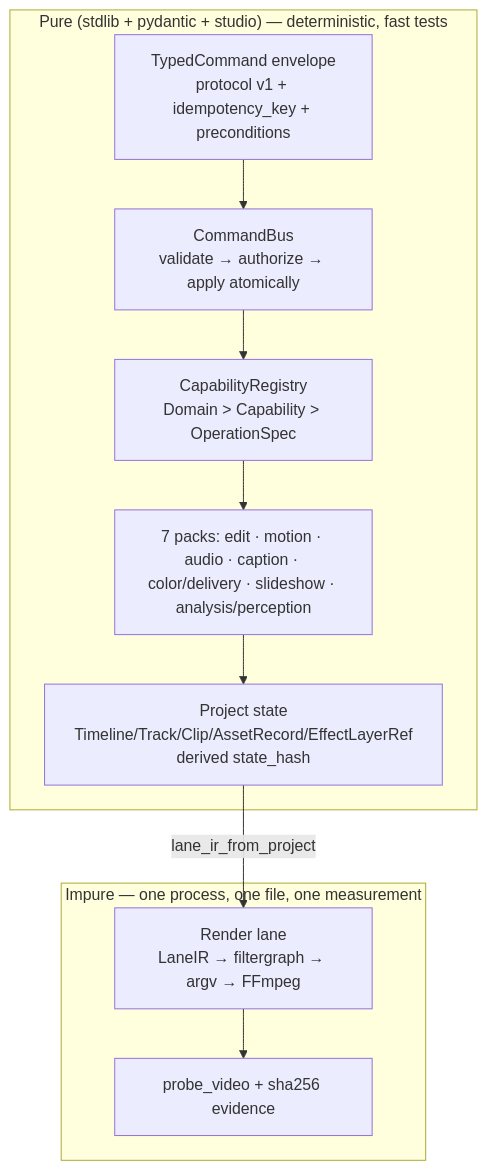
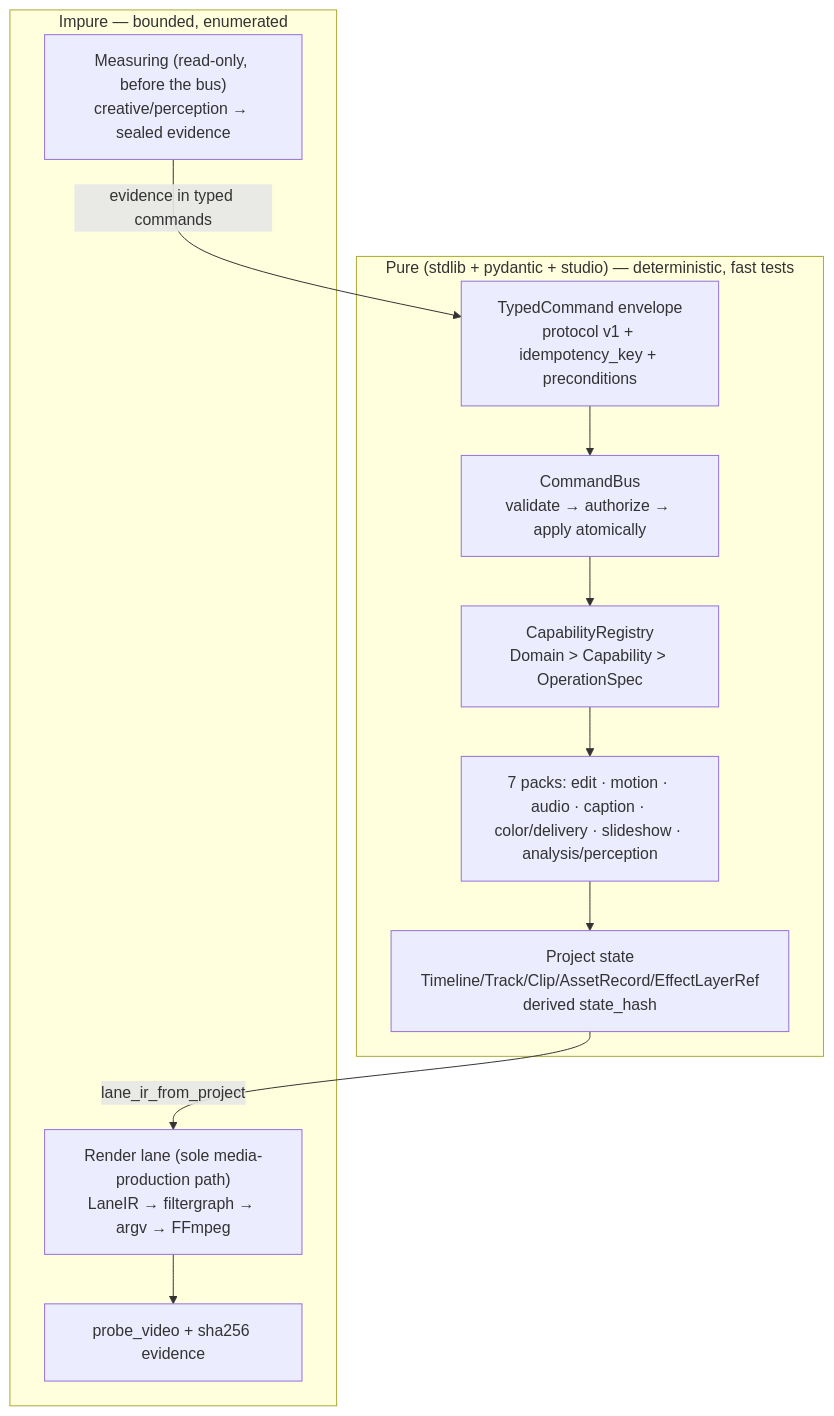
Before and after one commit to bot523h/nexus-ai-agent: the diagram in docs/architecture/CREATIVE_STUDIO.md, drawn with Mermaid. The commit also changed other lines of this file, not shown here.

Commit message:
docs(architecture): name the enforcing tests for perception input safety; show the measuring path beside the render lane
Claude-Session: https://claude.ai/code/session_01GHJmxuDEweexaZUKLRKQgs

````diff
--- a/docs/architecture/CREATIVE_STUDIO.md
+++ b/docs/architecture/CREATIVE_STUDIO.md
@@ -13,16 +13,18 @@
 ```mermaid
 flowchart TB
     subgraph pure["Pure (stdlib + pydantic + studio) — deterministic, fast tests"]
         cmd["TypedCommand envelope<br/>protocol v1 + idempotency_key + preconditions"]
         bus["CommandBus<br/>validate → authorize → apply atomically"]
         reg["CapabilityRegistry<br/>Domain > Capability > OperationSpec"]
         packs["7 packs: edit · motion · audio · caption · color/delivery · slideshow · analysis/perception"]
         proj["Project state<br/>Timeline/Track/Clip/AssetRecord/EffectLayerRef<br/>derived state_hash"]
     end
-    subgraph impure["Impure — one process, one file, one measurement"]
-        lane["Render lane<br/>LaneIR → filtergraph → argv → FFmpeg"]
+    subgraph impure["Impure — bounded, enumerated"]
+        measure["Measuring (read-only, before the bus)<br/>creative/perception → sealed evidence"]
+        lane["Render lane (sole media-production path)<br/>LaneIR → filtergraph → argv → FFmpeg"]
         probe["probe_video + sha256 evidence"]
     end
+    measure -->|evidence in typed commands| cmd
     cmd --> bus --> reg --> packs --> proj
     proj -->|lane_ir_from_project| lane --> probe
 ```
````
